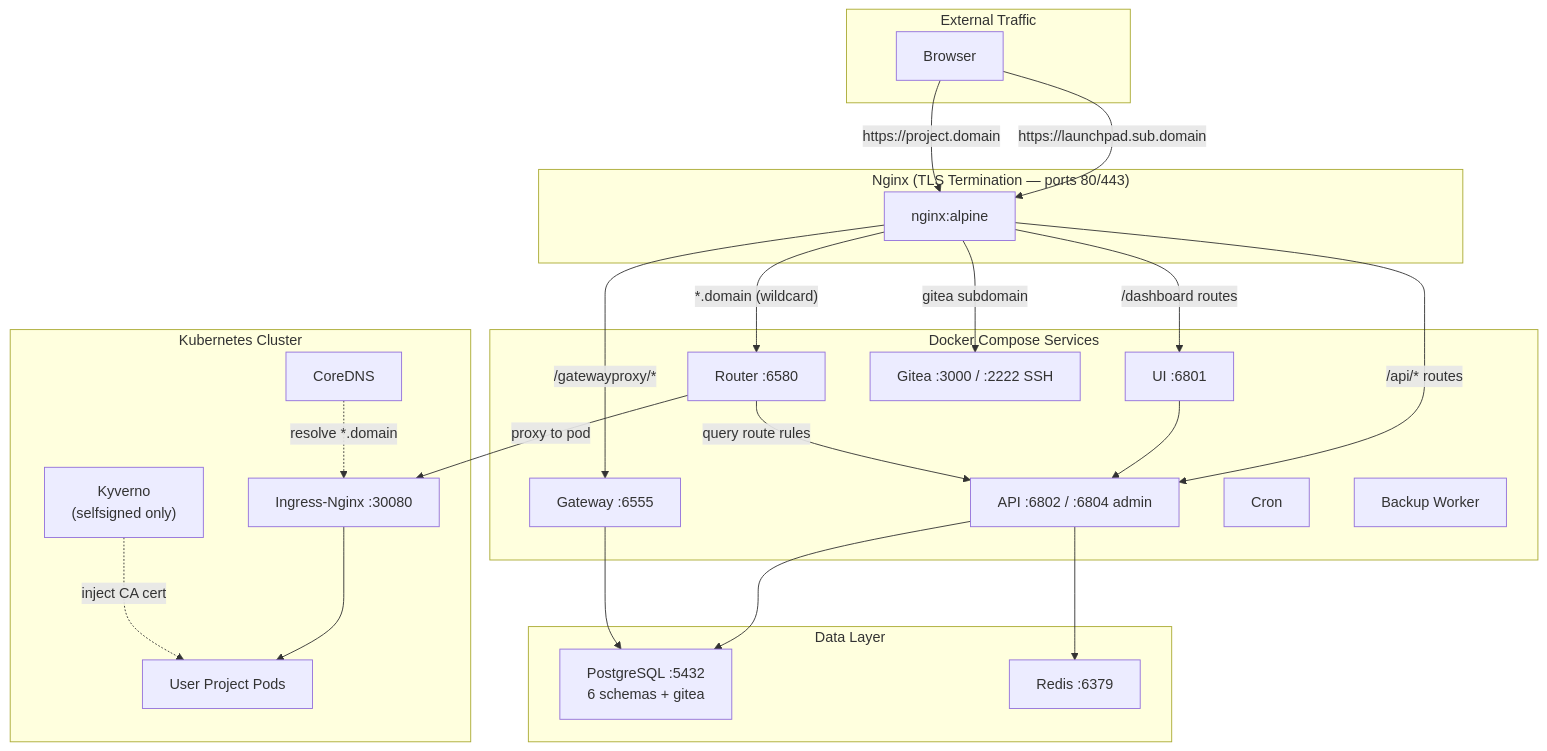
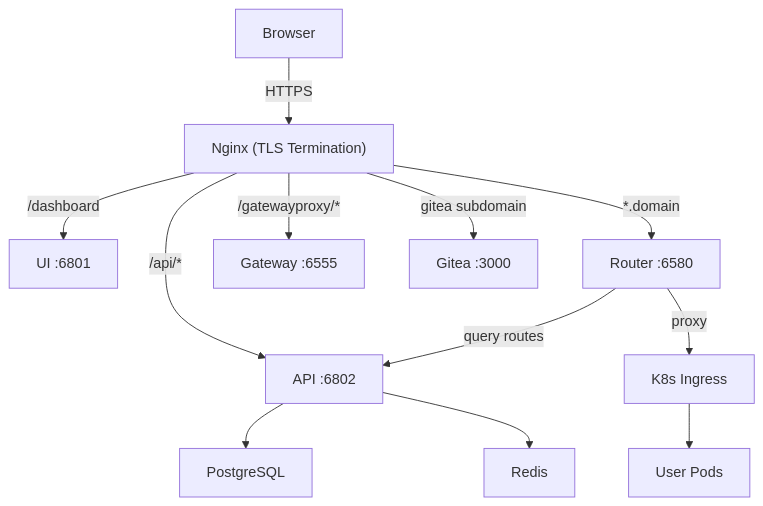
Before and after one commit to kai-liu-gradient/launchpad-setup: the diagram in README.md, drawn with Mermaid. The commit also changed other lines of this file and 2 other files, not shown here.

````diff
--- a/README.md
+++ b/README.md
@@ -53,51 +109,16 @@
 ```mermaid
 graph TD
-    subgraph "External Traffic"
-        Browser["Browser"]
-    end
+    Browser["Browser"] -->|HTTPS| Nginx["Nginx (TLS Termination)"]
 
-    subgraph "Nginx (TLS Termination — ports 80/443)"
-        NG["nginx:alpine"]
-    end
+    Nginx -->|"/dashboard"| UI["UI :6801"]
+    Nginx -->|"/api/*"| API["API :6802"]
+    Nginx -->|"*.domain"| Router["Router :6580"]
+    Nginx -->|"/gatewayproxy/*"| GW["Gateway :6555"]
+    Nginx -->|"gitea subdomain"| Gitea["Gitea :3000"]
 
-    subgraph "Docker Compose Services"
-        UI["UI :6801"]
-        API["API :6802 / :6804 admin"]
-        Router["Router :6580"]
-        GW["Gateway :6555"]
-        Gitea["Gitea :3000 / :2222 SSH"]
-        Cron["Cron"]
-        Backup["Backup Worker"]
-    end
-
-    subgraph "Data Layer"
-        PG["PostgreSQL :5432<br/>6 schemas + gitea"]
-        Redis["Redis :6379"]
-    end
-
-    subgraph "Kubernetes Cluster"
-        Ingress["Ingress-Nginx :30080"]
-        CoreDNS["CoreDNS"]
-        Kyverno["Kyverno<br/>(selfsigned only)"]
-        Pods["User Project Pods"]
-    end
-
-    Browser -->|"https://launchpad.sub.domain"| NG
-    Browser -->|"https://project.domain"| NG
-
-    NG -->|"/dashboard routes"| UI
-    NG -->|"/api/* routes"| API
-    NG -->|"*.domain (wildcard)"| Router
-    NG -->|"/gatewayproxy/*"| GW
-    NG -->|"gitea subdomain"| Gitea
-
-    UI --> API
-    API --> PG
-    API --> Redis
-    GW --> PG
-    Router -->|"query route rules"| API
-    Router -->|"proxy to pod"| Ingress
-    Ingress --> Pods
-    CoreDNS -.->|"resolve *.domain"| Ingress
-    Kyverno -.->|"inject CA cert"| Pods
+    API --> PG["PostgreSQL"]
+    API --> Redis["Redis"]
+    Router -->|"query routes"| API
+    Router -->|"proxy"| Ingress["K8s Ingress"]
+    Ingress --> Pods["User Pods"]
 ```
````
